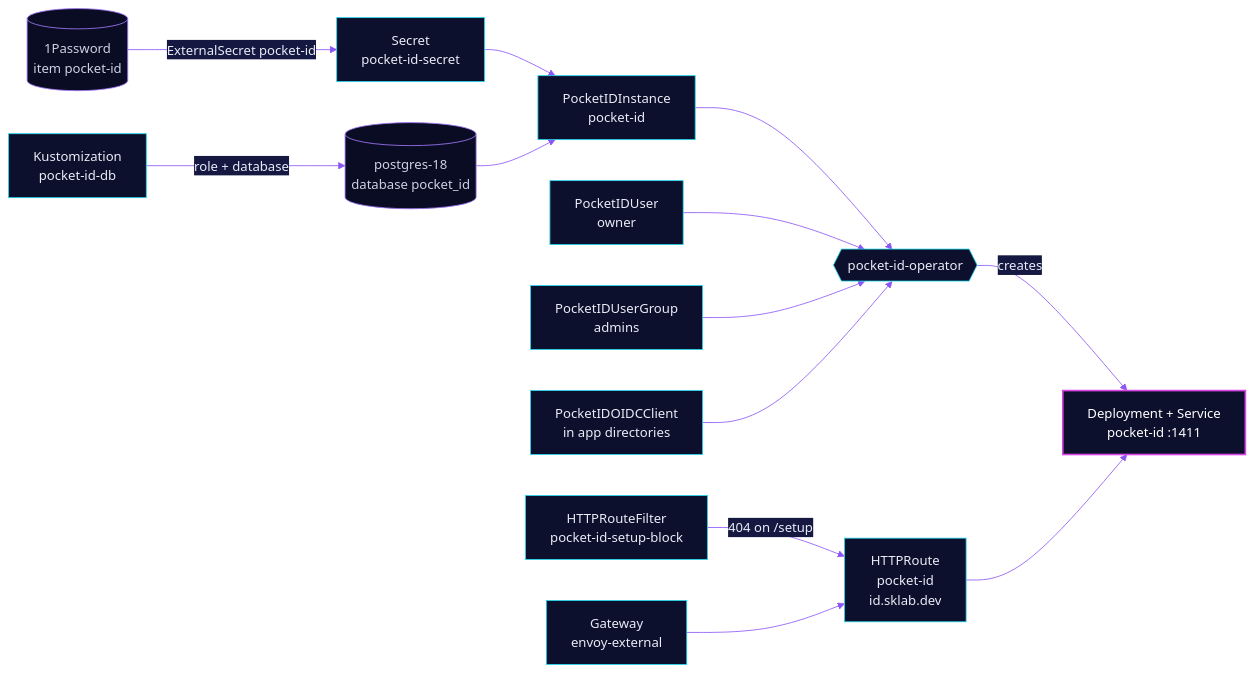
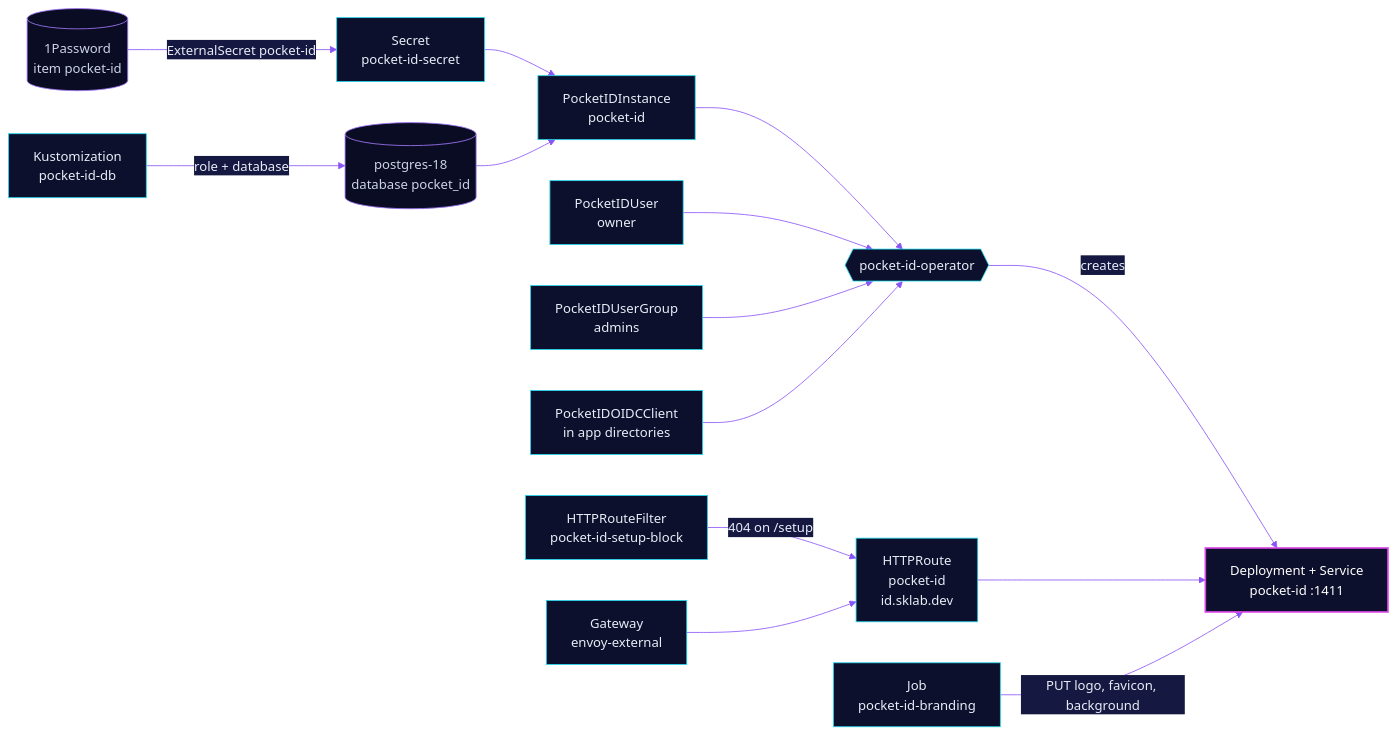
One commit to skrumbach/home-ops changed the diagram in kubernetes/apps/base/security/pocket-id/README.md. Above: the diagram before and after it, drawn with Mermaid. The commit also changed other lines of this file and 8 other files, not shown here.

First line of the commit message:
feat(pocket-id): brand the sign-in page after the GitHub profile

````diff
--- a/kubernetes/apps/base/security/pocket-id/README.md
+++ b/kubernetes/apps/base/security/pocket-id/README.md
@@ -35,20 +36,21 @@
 ```mermaid
 %%{init: {'theme':'base','themeVariables':{'primaryColor':'#0D102C','primaryTextColor':'#E9ECF7','primaryBorderColor':'#22D8F0','lineColor':'#8B55F5','secondaryColor':'#151941','tertiaryColor':'#090C22','edgeLabelBackground':'#151941'}}}%%
 flowchart LR
   op[("1Password<br/>item pocket-id")] -->|ExternalSecret pocket-id| sec["Secret<br/>pocket-id-secret"]
   pgdb["Kustomization<br/>pocket-id-db"] -->|role + database| pg[("postgres-18<br/>database pocket_id")]
   sec --> inst["PocketIDInstance<br/>pocket-id"]
   pg --> inst
   oper{{"pocket-id-operator"}} -->|creates| dep["Deployment + Service<br/>pocket-id :1411"]
   inst --> oper
   usr["PocketIDUser<br/>owner"] --> oper
   grp["PocketIDUserGroup<br/>admins"] --> oper
   route["HTTPRoute<br/>pocket-id<br/>id.sklab.dev"] --> dep
   flt["HTTPRouteFilter<br/>pocket-id-setup-block"] -->|404 on /setup| route
   gw["Gateway<br/>envoy-external"] --> route
   cli["PocketIDOIDCClient<br/>in app directories"] --> oper
+  brand["Job<br/>pocket-id-branding"] -->|PUT logo, favicon, background| dep
   classDef accent fill:#0D102C,stroke:#D946E6,stroke-width:2px,color:#FFFFFF
   classDef ext fill:#090C22,stroke:#A57BFF,color:#CDD2E6
   class dep accent
   class op,pg ext
 ```
````
